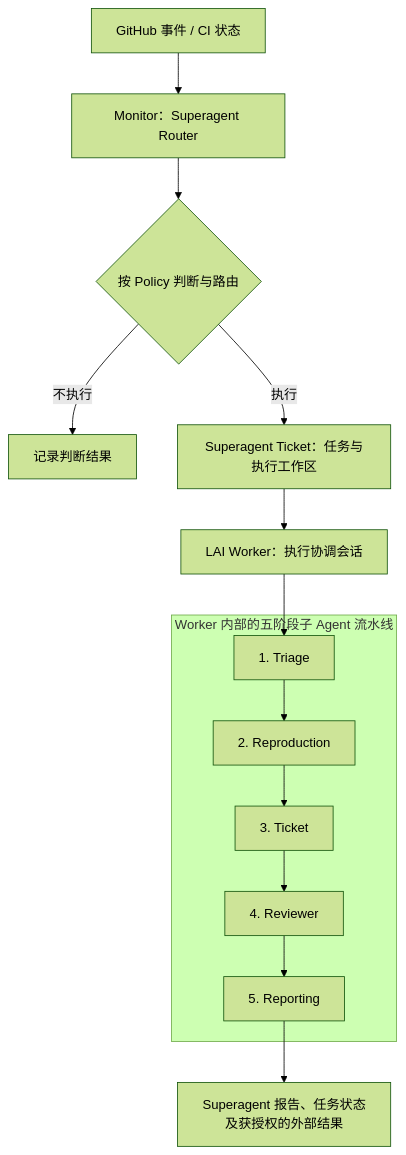
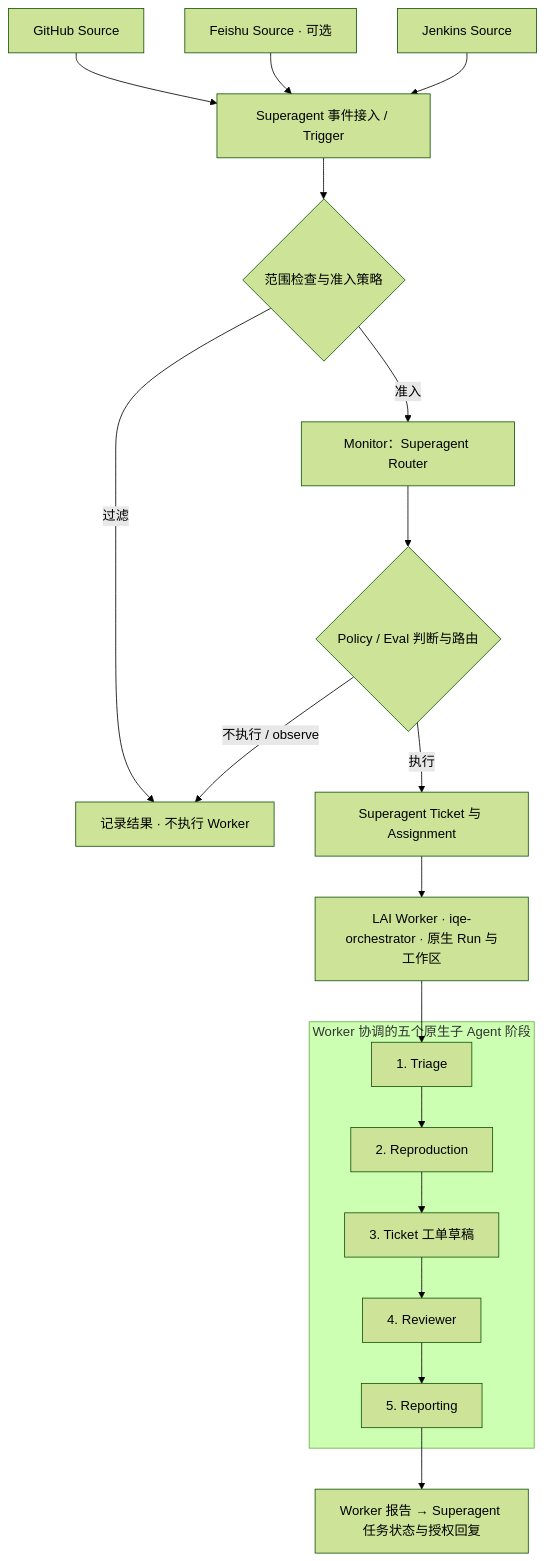
The diagram in README.zh-CN.md (devsuperjin/LAI-Trial), drawn with Mermaid (forest theme) before and after one commit. The commit also changed other lines of this file and 3 other files, not shown here.

Commit message:
docs: align README and design architecture diagrams

````diff
--- a/README.zh-CN.md
+++ b/README.zh-CN.md
@@ -20,16 +20,21 @@
 ```mermaid
 flowchart TD
-    Input["GitHub 事件 / CI 状态"] --> Router["Monitor：Superagent Router"]
-    Router --> Decision{"按 Policy 判断与路由"}
-    Decision -->|不执行| Record["记录判断结果"]
-    Decision -->|执行| Task["Superagent Ticket：任务与执行工作区"]
-    Task --> Worker["LAI Worker：执行协调会话"]
-    subgraph Pipeline["Worker 内部的五阶段子 Agent 流水线"]
+    GH["GitHub Source"] --> Intake["Superagent 事件接入 / Trigger"]
+    FS["Feishu Source · 可选"] --> Intake
+    JK["Jenkins Source"] --> Intake
+    Intake --> Gate{"范围检查与准入策略"}
+    Gate -->|过滤| Record["记录结果 · 不执行 Worker"]
+    Gate -->|准入| Router["Monitor：Superagent Router"]
+    Router --> Decision{"Policy / Eval 判断与路由"}
+    Decision -->|不执行 / observe| Record
+    Decision -->|执行| Task["Superagent Ticket 与 Assignment"]
+    Task --> Worker["LAI Worker · iqe-orchestrator · 原生 Run 与工作区"]
+    subgraph Pipeline["Worker 协调的五个原生子 Agent 阶段"]
         Triage["1. Triage"] --> Reproduce["2. Reproduction"]
-        Reproduce --> Ticket["3. Ticket"]
+        Reproduce --> Ticket["3. Ticket 工单草稿"]
         Ticket --> Review["4. Reviewer"]
         Review --> Reporter["5. Reporting"]
     end
     Worker --> Triage
-    Reporter --> Result["Superagent 报告、任务状态及获授权的外部结果"]
+    Reporter --> Result["Worker 报告 → Superagent 任务状态与授权回复"]
 ```
````
